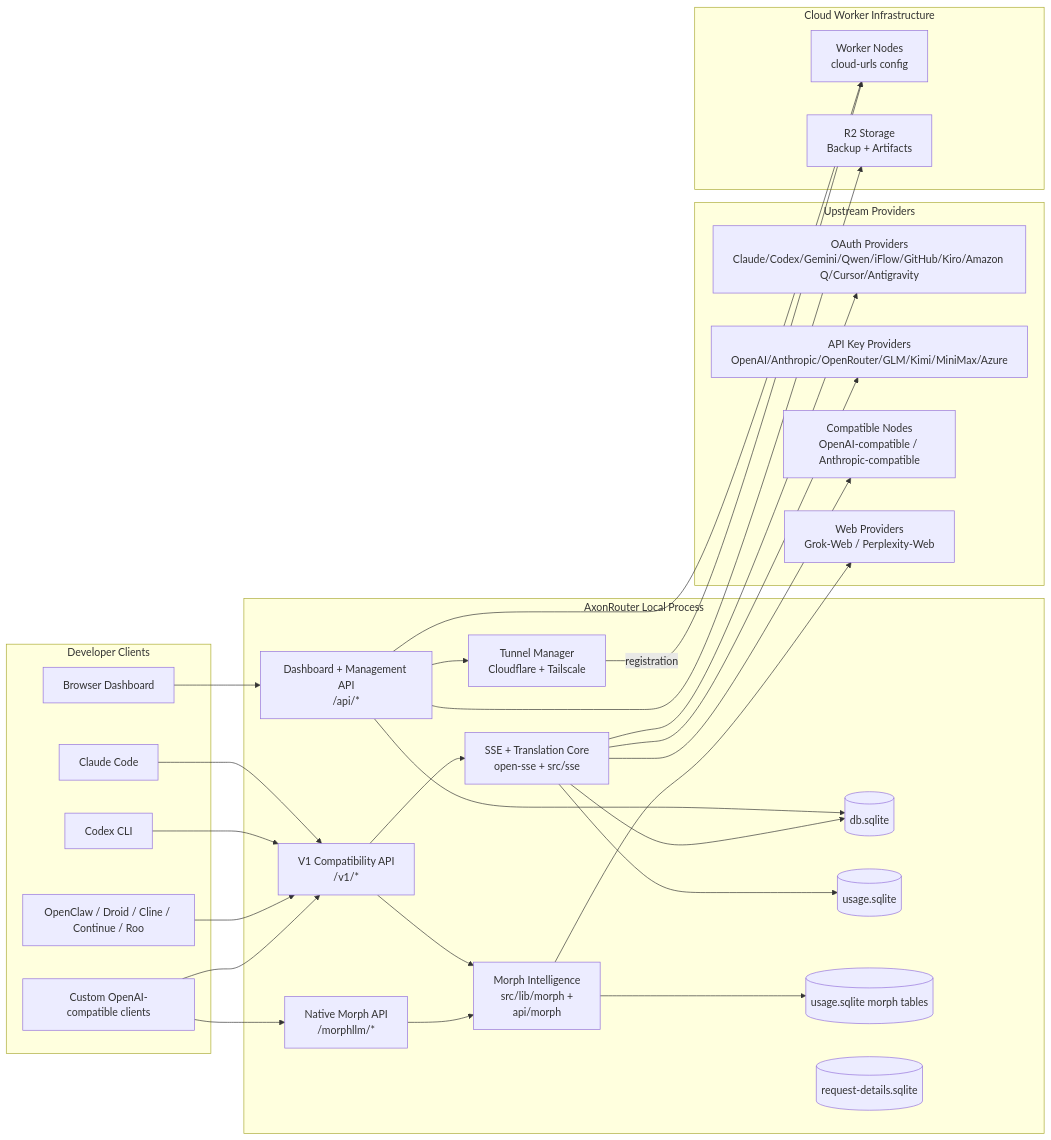
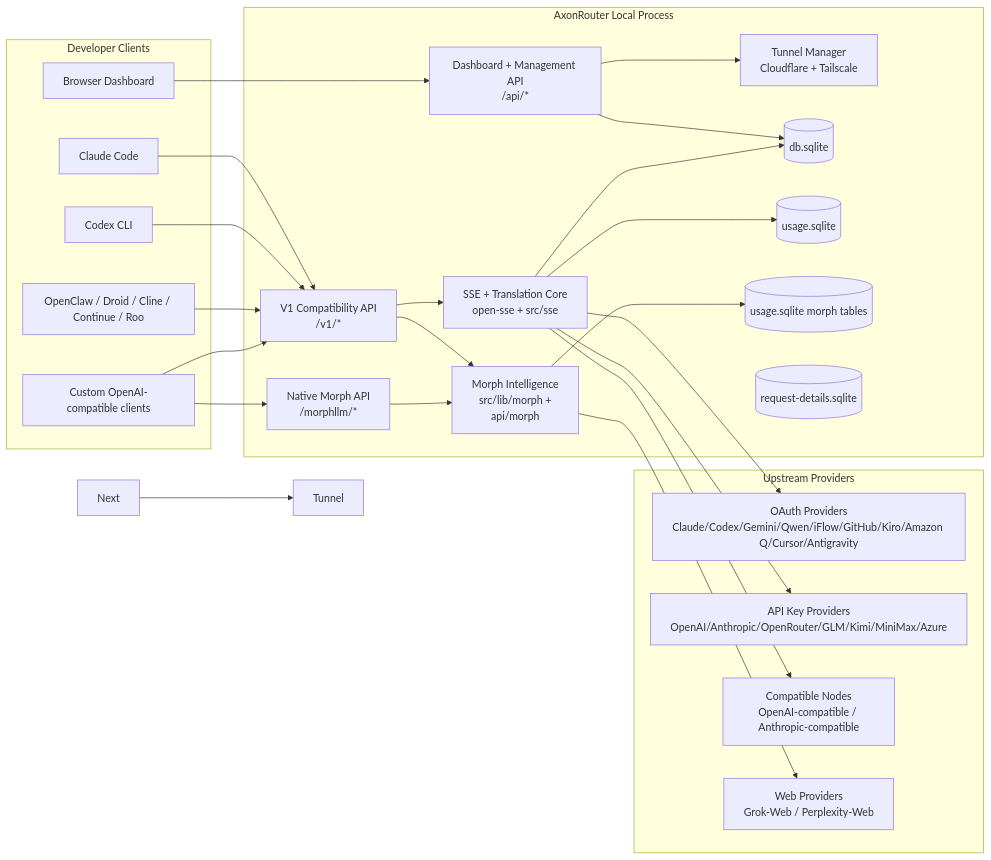
Before and after one commit to rickicode/AxonRouter: the first of 7 diagrams in docs/ARCHITECTURE.md, drawn with Mermaid. The commit also changed other lines of this file and 23 other files, not shown here.

First line of the commit message:
refactor: remove all remaining cloud/R2/usageWorker imports and references

````diff
--- a/docs/ARCHITECTURE.md
+++ b/docs/ARCHITECTURE.md
@@ -66,60 +59,53 @@
 ```mermaid
 flowchart LR
     subgraph Clients[Developer Clients]
         C1[Claude Code]
         C2[Codex CLI]
         C3[OpenClaw / Droid / Cline / Continue / Roo]
         C4[Custom OpenAI-compatible clients]
         BROWSER[Browser Dashboard]
     end
 
     subgraph Router[AxonRouter Local Process]
         API[V1 Compatibility API\n/v1/*]
         MORPHHTTP[Native Morph API\n/morphllm/*]
         DASH[Dashboard + Management API\n/api/*]
         CORE[SSE + Translation Core\nopen-sse + src/sse]
         MORPH[Morph Intelligence\nsrc/lib/morph +\napi/morph]
         TUNNEL[Tunnel Manager\nCloudflare + Tailscale]
         DB[(db.sqlite)]
         UDB[(usage.sqlite)]
         MDB[(usage.sqlite morph tables)]
         RDB[(request-details.sqlite)]
     end
 
     subgraph Upstreams[Upstream Providers]
         P1[OAuth Providers\nClaude/Codex/Gemini/Qwen/iFlow/GitHub/Kiro/Amazon Q/Cursor/Antigravity]
         P2[API Key Providers\nOpenAI/Anthropic/OpenRouter/GLM/Kimi/MiniMax/Azure]
         P3[Compatible Nodes\nOpenAI-compatible / Anthropic-compatible]
         P4[Web Providers\nGrok-Web / Perplexity-Web]
     end
 
-    subgraph Cloud[Cloud Worker Infrastructure]
-        WORKER[Worker Nodes\ncloud-urls config]
-        R2[R2 Storage\nBackup + Artifacts]
-    end
-
     C1 --> API
     C2 --> API
     C3 --> API
     C4 --> API
     C4 --> MORPHHTTP
     BROWSER --> DASH
 
     API --> CORE
     API --> MORPH
     MORPHHTTP --> MORPH
     DASH --> DB
     DASH --> TUNNEL
     CORE --> DB
     CORE --> UDB
     MORPH --> MDB
     MORPH --> P4
 
     CORE --> P1
     CORE --> P2
     CORE --> P3
 
-    DASH --> WORKER
-    DASH --> R2
-    TUNNEL -->|registration| WORKER
+    Next --> Tunnel
 ```
````
